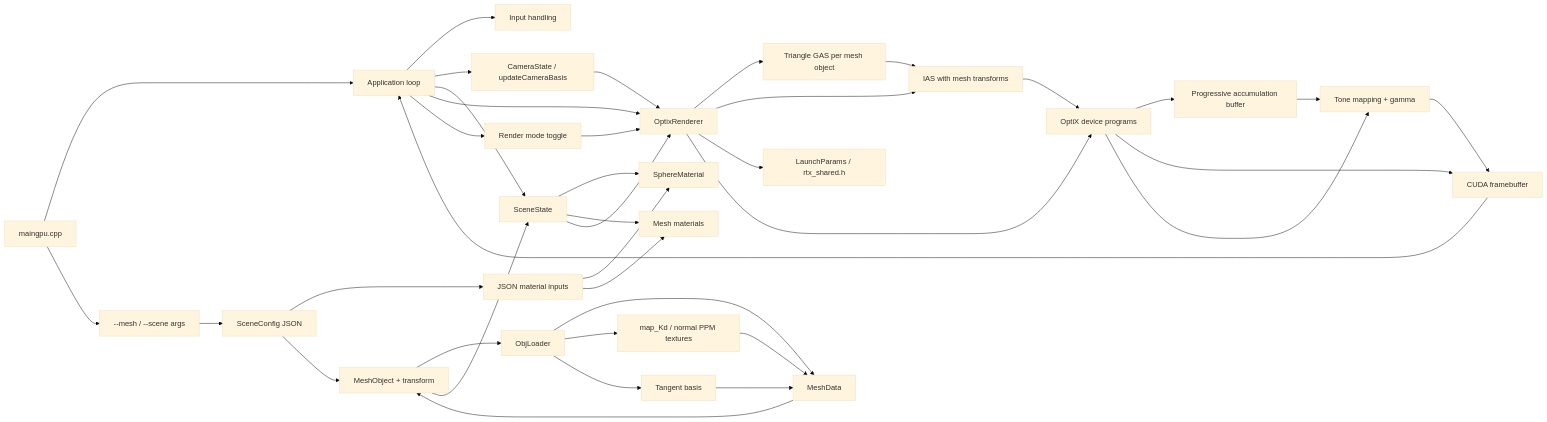
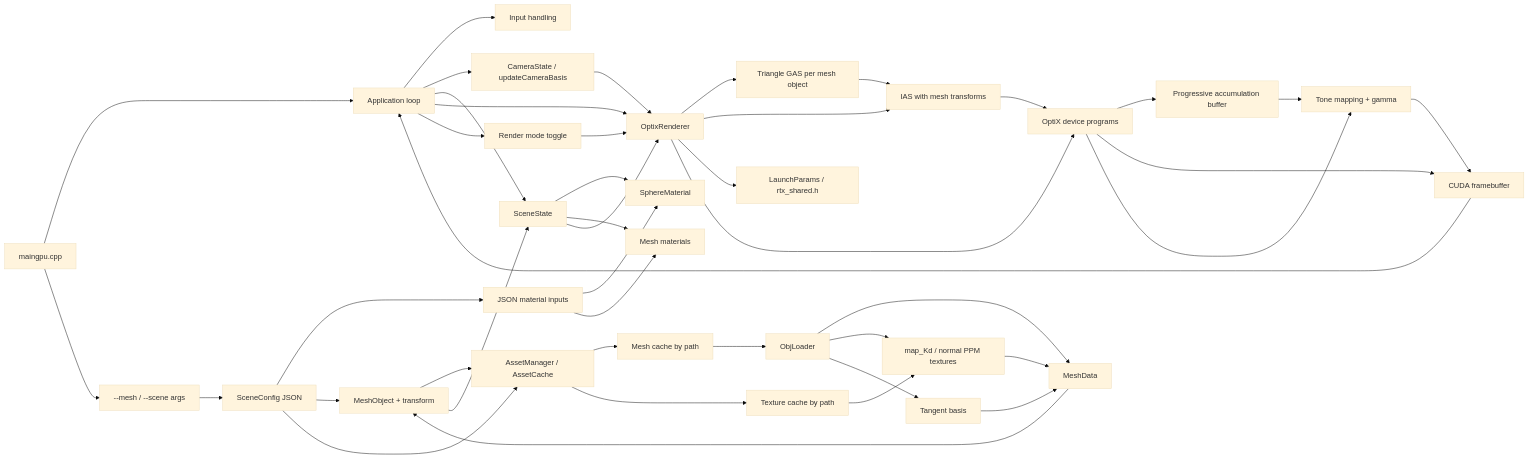
Before and after one commit to Tundraws/RayTracer: the first of 4 diagrams in RayTracerRTX/docs/architecture.md, drawn with Mermaid (base theme). The commit also changed other lines of this file and 12 other files, not shown here.

Commit message:
refactor: add asset cache and runtime scene reload

````diff
--- a/RayTracerRTX/docs/architecture.md
+++ b/RayTracerRTX/docs/architecture.md
@@ -9,40 +9,45 @@
 ```mermaid
 flowchart LR
     Main["maingpu.cpp"] --> App["Application loop"]
     Main --> Args["--mesh / --scene args"]
     Args --> SceneConfig["SceneConfig JSON"]
     App --> Input["Input handling"]
     App --> Camera["CameraState / updateCameraBasis"]
     SceneConfig --> JsonMaterials["JSON material inputs"]
     SceneConfig --> MeshObject["MeshObject + transform"]
-    MeshObject --> ObjLoader
+    SceneConfig --> AssetCache["AssetManager / AssetCache"]
+    AssetCache --> MeshCache["Mesh cache by path"]
+    AssetCache --> TextureCache["Texture cache by path"]
+    MeshObject --> AssetCache
+    MeshCache --> ObjLoader
     ObjLoader["ObjLoader"] --> MeshData["MeshData"]
     ObjLoader --> Textures["map_Kd / normal PPM textures"]
     ObjLoader --> Tangents["Tangent basis"]
     Textures --> MeshData
+    TextureCache --> Textures
     Tangents --> MeshData
     MeshData --> MeshObject
     MeshObject --> Scene
     App --> Scene["SceneState"]
     Scene --> Materials["SphereMaterial"]
     Scene --> MeshMaterials["Mesh materials"]
     JsonMaterials --> Materials
     JsonMaterials --> MeshMaterials
     App --> Renderer["OptixRenderer"]
     App --> Mode["Render mode toggle"]
     Camera --> Renderer
     Scene --> Renderer
     Mode --> Renderer
     Renderer --> TriangleGAS["Triangle GAS per mesh object"]
     Renderer --> IAS["IAS with mesh transforms"]
     Renderer --> Shared["LaunchParams / rtx_shared.h"]
     Renderer --> Device["OptiX device programs"]
     TriangleGAS --> IAS
     IAS --> Device
     Device --> Accum["Progressive accumulation buffer"]
     Device --> Framebuffer["CUDA framebuffer"]
     Device --> Post["Tone mapping + gamma"]
     Accum --> Post
     Post --> Framebuffer
     Framebuffer --> App
 ```
````
